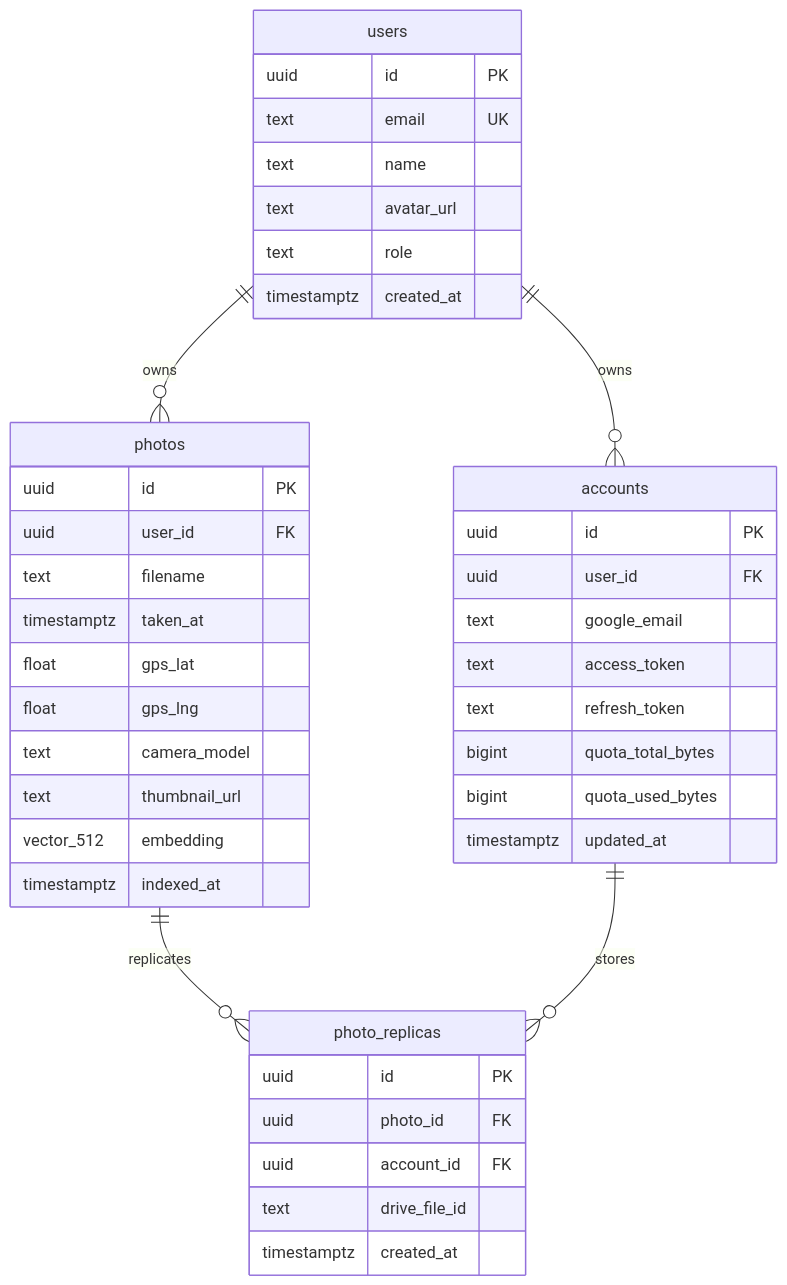
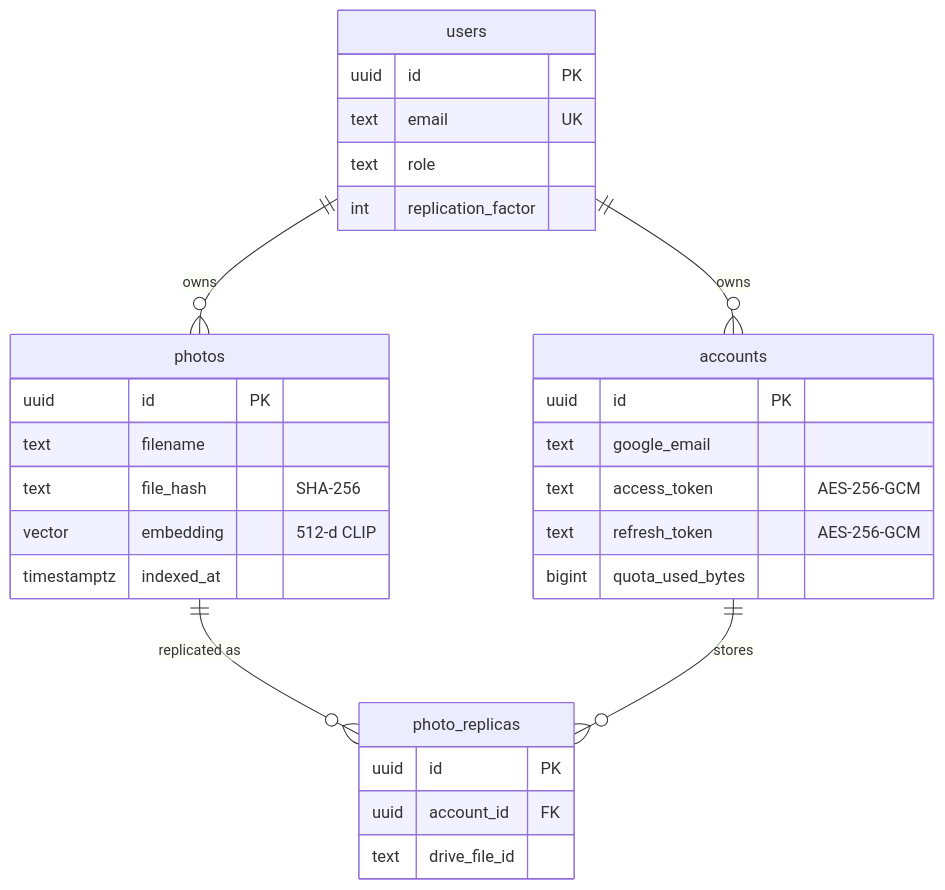
One commit to RuchitPahadia/Drive_Orchestrator changed the second of 2 diagrams in README.md. Above: the diagram before and after it, drawn with Mermaid. The commit also changed other lines of this file, not shown here.

````diff
--- a/README.md
+++ b/README.md
@@ -111,48 +115,33 @@
 ```mermaid
 erDiagram
     users ||--o{ accounts : owns
     users ||--o{ photos : owns
-    photos ||--o{ photo_replicas : replicates
+    photos ||--o{ photo_replicas : "replicated as"
     accounts ||--o{ photo_replicas : stores
 
     users {
         uuid id PK
         text email UK
-        text name
-        text avatar_url
         text role
-        timestamptz created_at
+        int replication_factor
     }
-
     accounts {
         uuid id PK
-        uuid user_id FK
         text google_email
-        text access_token
-        text refresh_token
-        bigint quota_total_bytes
+        text access_token "AES-256-GCM"
+        text refresh_token "AES-256-GCM"
         bigint quota_used_bytes
-        timestamptz updated_at
     }
-
     photos {
         uuid id PK
-        uuid user_id FK
         text filename
-        timestamptz taken_at
-        float gps_lat
-        float gps_lng
-        text camera_model
-        text thumbnail_url
-        vector_512 embedding
+        text file_hash "SHA-256"
+        vector embedding "512-d CLIP"
         timestamptz indexed_at
     }
-
     photo_replicas {
         uuid id PK
-        uuid photo_id FK
         uuid account_id FK
         text drive_file_id
-        timestamptz created_at
     }
 ```
````
